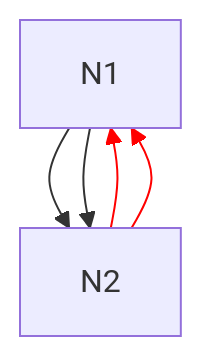
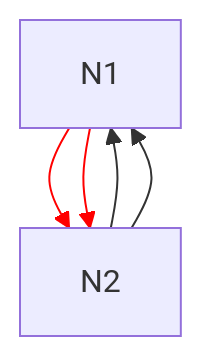
The seventh of 9 diagrams in docs/diagrams/flowchart.md (FoggyBalrog/MermaidDotNet), drawn with Mermaid before and after one commit. The commit also changed other lines of this file and 4 other files, not shown here.

Commit message:
#72 Make flowchart link index zero-based

````diff
--- a/docs/diagrams/flowchart.md
+++ b/docs/diagrams/flowchart.md
@@ -591,10 +591,10 @@
 ```mermaid
 flowchart TB
     id1["N1"]
     id2["N2"]
     id1 --> id2
     id2 --> id1
     id1 --> id2
     id2 --> id1
-    linkStyle 1,3 stroke: red;
+    linkStyle 0,2 stroke: red;
 ```
````
